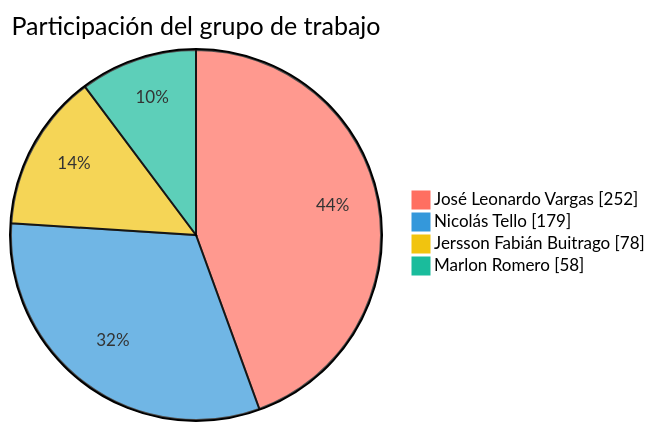
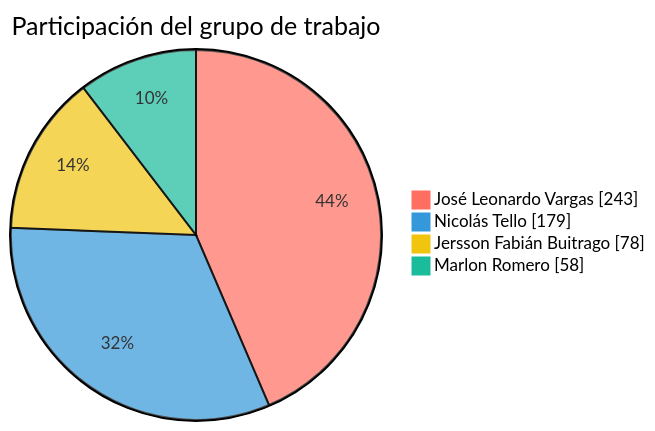
Before and after one commit to FarmaExpres/FarmaExpres: the first of 2 diagrams in README.md, drawn with Mermaid. The commit also changed other lines of this file and 1 other file, not shown here.

````diff
--- a/README.md
+++ b/README.md
@@ -389,9 +389,9 @@
 ```mermaid
 %%{init: {"themeVariables": {"pie1": "#ff6f61", "pie2": "#3498db", "pie3": "#f1c40f", "pie4": "#1abc9c", "pieLabelColor": "#000000", "pieLabelFontSize": "24px", "pieLabelFontWeight": "700"}}}%%
 pie showData
     title Participación del grupo de trabajo
-    "José Leonardo Vargas" : 252
+    "José Leonardo Vargas" : 243
     "Nicolás Tello" : 179
     "Jersson Fabián Buitrago" : 78
     "Marlon Romero" : 58
 ```
````
